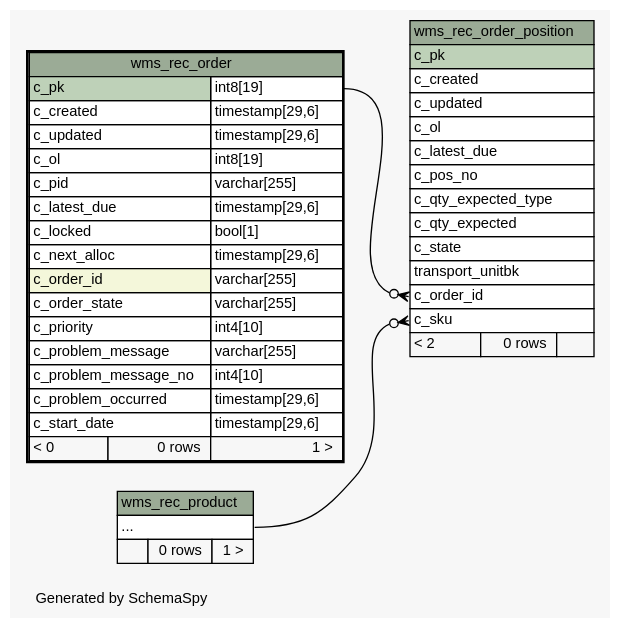
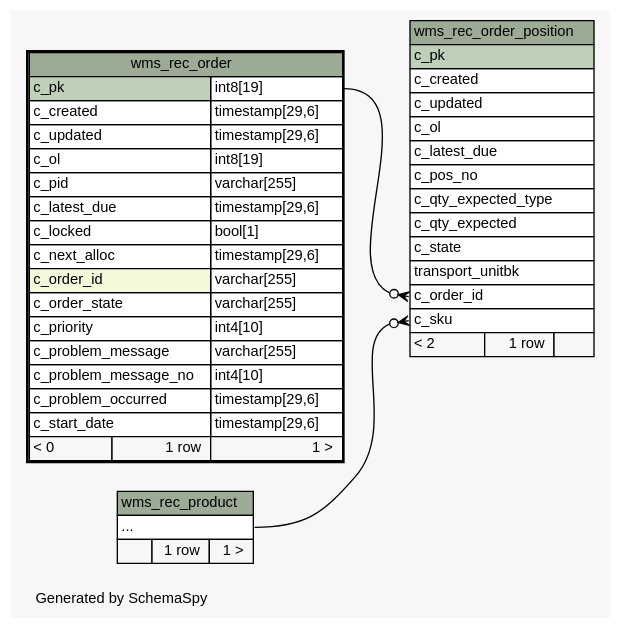
Before and after one commit to openwms/org.openwms.wms.receiving.lib: the diagram in schemaspy/diagrams/wms_rec_order.2degrees.dot, drawn with Graphviz. The commit also changed 200 other files, not shown here.

```diff
--- a/schemaspy/diagrams/wms_rec_order.2degrees.dot
+++ b/schemaspy/diagrams/wms_rec_order.2degrees.dot
@@ -1,79 +1,79 @@
 // dot 2.36.0 on Linux 4.4.0-101-generic
 // SchemaSpy rev Unknown
 digraph "twoDegreesRelationshipsDiagram" {
   graph [
     rankdir="RL"
     bgcolor="#f7f7f7"
     label="\nGenerated by SchemaSpy"
     labeljust="l"
     nodesep="0.18"
     ranksep="0.46"
     fontname="Helvetica"
     fontsize="11"
   ];
   node [
     fontname="Helvetica"
     fontsize="11"
     shape="plaintext"
   ];
   edge [
     arrowsize="0.8"
   ];
   "wms_rec_order_position":"c_order_id":w -> "wms_rec_order":"c_pk.type":e [arrowhead=none dir=back arrowtail=crowodot];
   "wms_rec_order_position":"c_sku":w -> "wms_rec_product":"elipses":e [arrowhead=none dir=back arrowtail=crowodot];
   "wms_rec_order" [
     label=<
     <TABLE BORDER="2" CELLBORDER="1" CELLSPACING="0" BGCOLOR="#ffffff">
       <TR><TD COLSPAN="3" BGCOLOR="#9bab96" ALIGN="CENTER">wms_rec_order</TD></TR>
       <TR><TD PORT="c_pk" COLSPAN="2" BGCOLOR="#bed1b8" ALIGN="LEFT">c_pk</TD><TD PORT="c_pk.type" ALIGN="LEFT">int8[19]</TD></TR>
       <TR><TD PORT="c_created" COLSPAN="2" ALIGN="LEFT">c_created</TD><TD PORT="c_created.type" ALIGN="LEFT">timestamp[29,6]</TD></TR>
       <TR><TD PORT="c_updated" COLSPAN="2" ALIGN="LEFT">c_updated</TD><TD PORT="c_updated.type" ALIGN="LEFT">timestamp[29,6]</TD></TR>
       <TR><TD PORT="c_ol" COLSPAN="2" ALIGN="LEFT">c_ol</TD><TD PORT="c_ol.type" ALIGN="LEFT">int8[19]</TD></TR>
       <TR><TD PORT="c_pid" COLSPAN="2" ALIGN="LEFT">c_pid</TD><TD PORT="c_pid.type" ALIGN="LEFT">varchar[255]</TD></TR>
       <TR><TD PORT="c_latest_due" COLSPAN="2" ALIGN="LEFT">c_latest_due</TD><TD PORT="c_latest_due.type" ALIGN="LEFT">timestamp[29,6]</TD></TR>
       <TR><TD PORT="c_locked" COLSPAN="2" ALIGN="LEFT">c_locked</TD><TD PORT="c_locked.type" ALIGN="LEFT">bool[1]</TD></TR>
       <TR><TD PORT="c_next_alloc" COLSPAN="2" ALIGN="LEFT">c_next_alloc</TD><TD PORT="c_next_alloc.type" ALIGN="LEFT">timestamp[29,6]</TD></TR>
       <TR><TD PORT="c_order_id" COLSPAN="2" BGCOLOR="#f4f7da" ALIGN="LEFT">c_order_id</TD><TD PORT="c_order_id.type" ALIGN="LEFT">varchar[255]</TD></TR>
       <TR><TD PORT="c_order_state" COLSPAN="2" ALIGN="LEFT">c_order_state</TD><TD PORT="c_order_state.type" ALIGN="LEFT">varchar[255]</TD></TR>
       <TR><TD PORT="c_priority" COLSPAN="2" ALIGN="LEFT">c_priority</TD><TD PORT="c_priority.type" ALIGN="LEFT">int4[10]</TD></TR>
       <TR><TD PORT="c_problem_message" COLSPAN="2" ALIGN="LEFT">c_problem_message</TD><TD PORT="c_problem_message.type" ALIGN="LEFT">varchar[255]</TD></TR>
       <TR><TD PORT="c_problem_message_no" COLSPAN="2" ALIGN="LEFT">c_problem_message_no</TD><TD PORT="c_problem_message_no.type" ALIGN="LEFT">int4[10]</TD></TR>
       <TR><TD PORT="c_problem_occurred" COLSPAN="2" ALIGN="LEFT">c_problem_occurred</TD><TD PORT="c_problem_occurred.type" ALIGN="LEFT">timestamp[29,6]</TD></TR>
       <TR><TD PORT="c_start_date" COLSPAN="2" ALIGN="LEFT">c_start_date</TD><TD PORT="c_start_date.type" ALIGN="LEFT">timestamp[29,6]</TD></TR>
-      <TR><TD ALIGN="LEFT" BGCOLOR="#f7f7f7">&lt; 0</TD><TD ALIGN="RIGHT" BGCOLOR="#f7f7f7">0 rows</TD><TD ALIGN="RIGHT" BGCOLOR="#f7f7f7">1 &gt;</TD></TR>
+      <TR><TD ALIGN="LEFT" BGCOLOR="#f7f7f7">&lt; 0</TD><TD ALIGN="RIGHT" BGCOLOR="#f7f7f7">1 row</TD><TD ALIGN="RIGHT" BGCOLOR="#f7f7f7">1 &gt;</TD></TR>
     </TABLE>>
     URL="wms_rec_order.html"
     tooltip="wms_rec_order"
   ];
   "wms_rec_order_position" [
     label=<
     <TABLE BORDER="0" CELLBORDER="1" CELLSPACING="0" BGCOLOR="#ffffff">
       <TR><TD COLSPAN="3" BGCOLOR="#9bab96" ALIGN="CENTER">wms_rec_order_position</TD></TR>
       <TR><TD PORT="c_pk" COLSPAN="3" BGCOLOR="#bed1b8" ALIGN="LEFT">c_pk</TD></TR>
       <TR><TD PORT="c_created" COLSPAN="3" ALIGN="LEFT">c_created</TD></TR>
       <TR><TD PORT="c_updated" COLSPAN="3" ALIGN="LEFT">c_updated</TD></TR>
       <TR><TD PORT="c_ol" COLSPAN="3" ALIGN="LEFT">c_ol</TD></TR>
       <TR><TD PORT="c_latest_due" COLSPAN="3" ALIGN="LEFT">c_latest_due</TD></TR>
       <TR><TD PORT="c_pos_no" COLSPAN="3" ALIGN="LEFT">c_pos_no</TD></TR>
       <TR><TD PORT="c_qty_expected_type" COLSPAN="3" ALIGN="LEFT">c_qty_expected_type</TD></TR>
       <TR><TD PORT="c_qty_expected" COLSPAN="3" ALIGN="LEFT">c_qty_expected</TD></TR>
       <TR><TD PORT="c_state" COLSPAN="3" ALIGN="LEFT">c_state</TD></TR>
       <TR><TD PORT="transport_unitbk" COLSPAN="3" ALIGN="LEFT">transport_unitbk</TD></TR>
       <TR><TD PORT="c_order_id" COLSPAN="3" ALIGN="LEFT">c_order_id</TD></TR>
       <TR><TD PORT="c_sku" COLSPAN="3" ALIGN="LEFT">c_sku</TD></TR>
-      <TR><TD ALIGN="LEFT" BGCOLOR="#f7f7f7">&lt; 2</TD><TD ALIGN="RIGHT" BGCOLOR="#f7f7f7">0 rows</TD><TD ALIGN="RIGHT" BGCOLOR="#f7f7f7">  </TD></TR>
+      <TR><TD ALIGN="LEFT" BGCOLOR="#f7f7f7">&lt; 2</TD><TD ALIGN="RIGHT" BGCOLOR="#f7f7f7">1 row</TD><TD ALIGN="RIGHT" BGCOLOR="#f7f7f7">  </TD></TR>
     </TABLE>>
     URL="wms_rec_order_position.html"
     tooltip="wms_rec_order_position"
   ];
   "wms_rec_product" [
     label=<
     <TABLE BORDER="0" CELLBORDER="1" CELLSPACING="0" BGCOLOR="#ffffff">
       <TR><TD COLSPAN="3" BGCOLOR="#9bab96" ALIGN="CENTER">wms_rec_product</TD></TR>
       <TR><TD PORT="elipses" COLSPAN="3" ALIGN="LEFT">...</TD></TR>
-      <TR><TD ALIGN="LEFT" BGCOLOR="#f7f7f7">  </TD><TD ALIGN="RIGHT" BGCOLOR="#f7f7f7">0 rows</TD><TD ALIGN="RIGHT" BGCOLOR="#f7f7f7">1 &gt;</TD></TR>
+      <TR><TD ALIGN="LEFT" BGCOLOR="#f7f7f7">  </TD><TD ALIGN="RIGHT" BGCOLOR="#f7f7f7">1 row</TD><TD ALIGN="RIGHT" BGCOLOR="#f7f7f7">1 &gt;</TD></TR>
     </TABLE>>
     URL="wms_rec_product.html"
     tooltip="wms_rec_product"
   ];
 }
```
